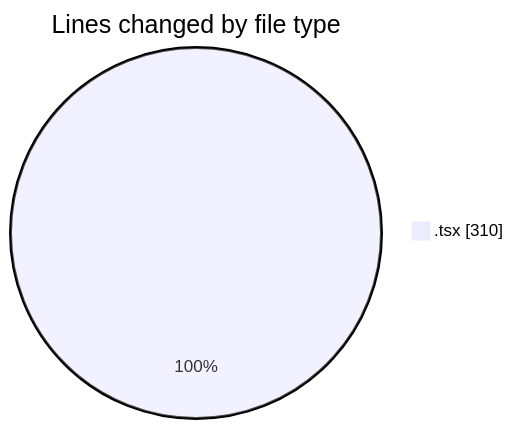
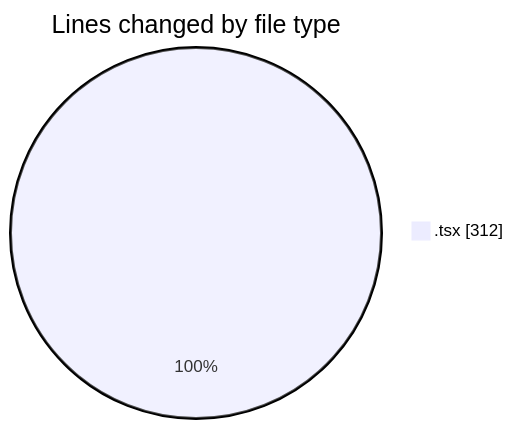
The first of 2 diagrams in 2025-02-11/cda/README.md (momahboobian/code-tracking), drawn with Mermaid before and after one commit. The commit also changed other lines of this file and 1 other file, not shown here.

````diff
--- a/2025-02-11/cda/README.md
+++ b/2025-02-11/cda/README.md
@@ -20,5 +20,5 @@
 ```mermaid
 pie showData
 title Lines changed by file type
-".tsx" : 310
+".tsx" : 312
 ```
````
